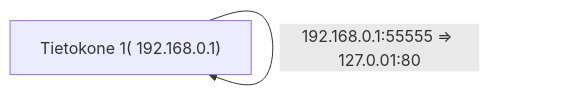
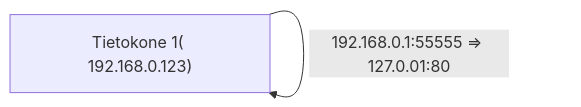
One commit to sourander/tietoliikenneohjelmointi changed the second of 3 diagrams in docs/internet/osoitteet.md. Above: the diagram before and after it, drawn with Mermaid. The commit also changed other lines of this file, not shown here.

Commit message:
Fixed localhost example

````diff
--- a/docs/internet/osoitteet.md
+++ b/docs/internet/osoitteet.md
@@ -106,7 +106,8 @@
-    ```mermaid
-    graph LR
-    c1["Tietokone 1( 192.168.0.1)"]
-    
-    c1 -->|192.168.0.1:51111 => 127.0.01:80| c1
-    c1 -->|192.168.0.1:55555 => 127.0.01:80| c1
-    ```
+```mermaid
+graph LR
+c1["Tietokone 1( 192.168.0.123)"]
+
+c1 -->|192.168.0.1:51111 => 127.0.01:80| c1
+c1 -->|192.168.0.1:55555 => 127.0.01:80| c1
+
+```
````
